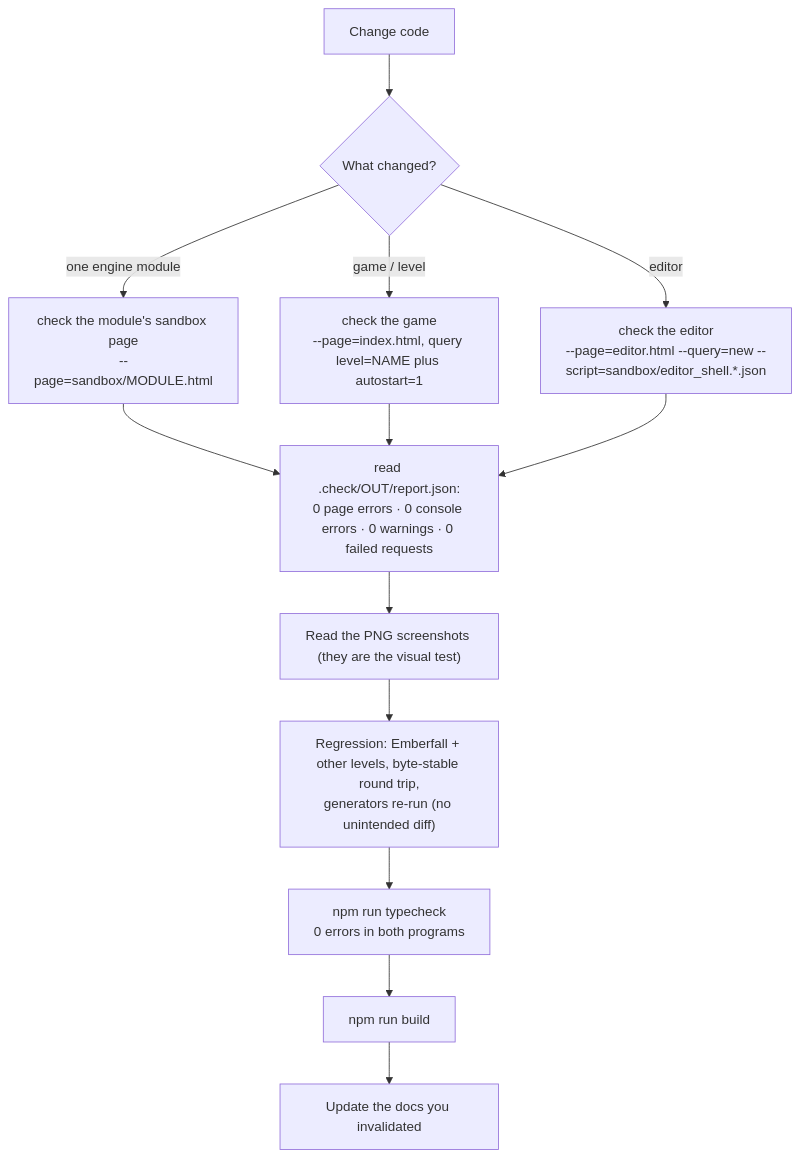
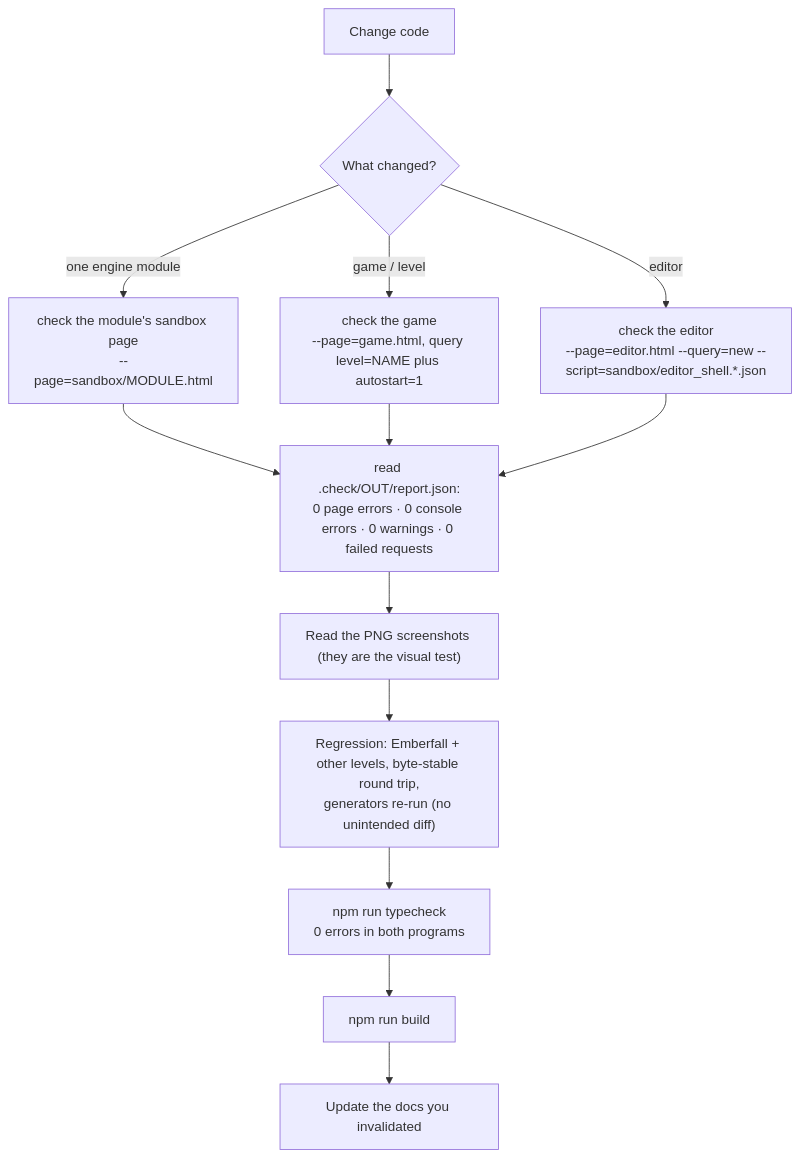
One commit to Leemonztuff/SoulDolls-Lumina changed the second of 2 diagrams in docs/ai/AGENT_ONBOARDING.md. Above: the diagram before and after it, drawn with Mermaid. The commit also changed other lines of this file and 586 other files, not shown here.

````diff
--- a/docs/ai/AGENT_ONBOARDING.md
+++ b/docs/ai/AGENT_ONBOARDING.md
@@ -334,13 +421,13 @@
 ```mermaid
 flowchart TD
   A[Change code] --> B{What changed?}
   B -- one engine module --> C["check the module's sandbox page<br/>--page=sandbox/MODULE.html"]
-  B -- game / level --> D["check the game<br/>--page=index.html, query level=NAME plus autostart=1"]
+  B -- game / level --> D["check the game<br/>--page=game.html, query level=NAME plus autostart=1"]
   B -- editor --> E["check the editor<br/>--page=editor.html --query=new --script=sandbox/editor_shell.*.json"]
   C & D & E --> F["read .check/OUT/report.json:<br/>0 page errors · 0 console errors · 0 warnings · 0 failed requests"]
   F --> G["Read the PNG screenshots (they are the visual test)"]
   G --> H["Regression: Emberfall + other levels, byte-stable round trip,<br/>generators re-run (no unintended diff)"]
   H --> T["npm run typecheck<br/>0 errors in both programs"]
   T --> I["npm run build"]
   I --> J[Update the docs you invalidated]
 ```
````
